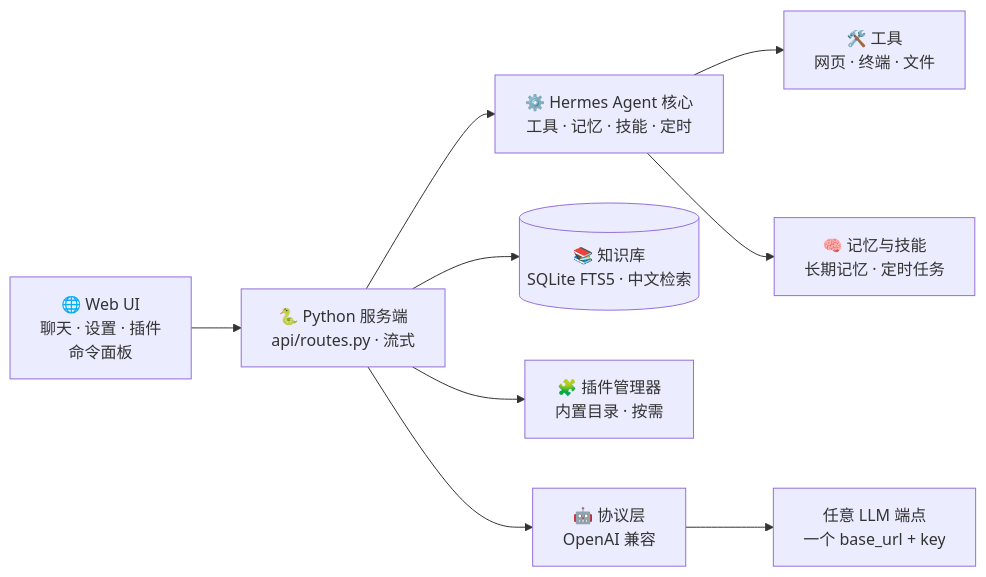
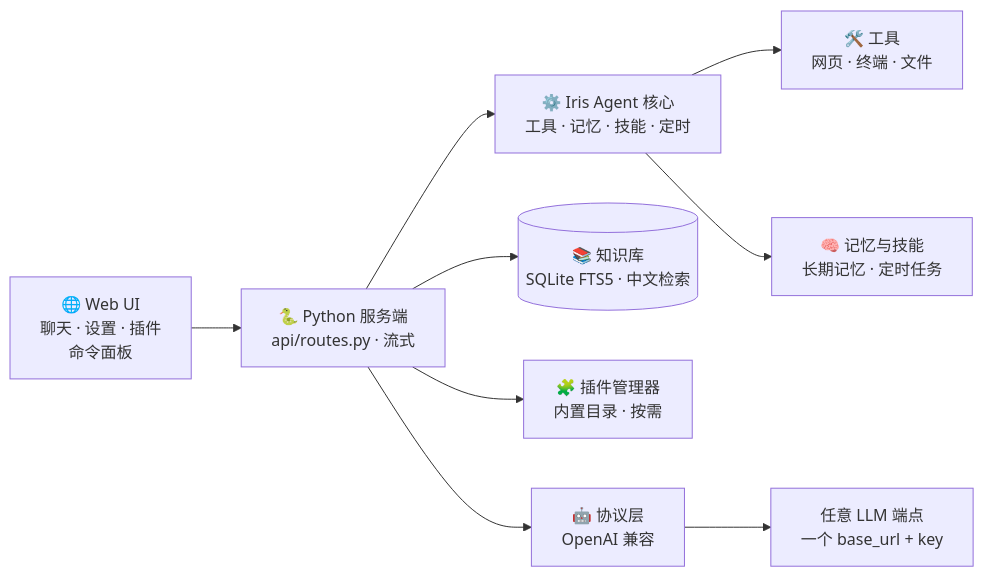
One commit to Morningstar202604/iris changed the diagram in README.zh-CN.md. Above: the diagram before and after it, drawn with Mermaid. The commit also changed other lines of this file and 5912 other files, not shown here.

````diff
--- a/README.zh-CN.md
+++ b/README.zh-CN.md
@@ -105,11 +110,11 @@
 ```mermaid
 flowchart LR
     U["🌐 Web UI<br/>聊天 · 设置 · 插件<br/>命令面板"] --> S["🐍 Python 服务端<br/>api/routes.py · 流式"]
-    S --> A["⚙️ Hermes Agent 核心<br/>工具 · 记忆 · 技能 · 定时"]
+    S --> A["⚙️ Iris Agent 核心<br/>工具 · 记忆 · 技能 · 定时"]
     S --> KB[("📚 知识库<br/>SQLite FTS5 · 中文检索")]
     S --> PM["🧩 插件管理器<br/>内置目录 · 按需"]
     S --> PL["🤖 协议层<br/>OpenAI 兼容"]
     PL --> M["任意 LLM 端点<br/>一个 base_url + key"]
     A --> T1["🛠️ 工具<br/>网页 · 终端 · 文件"]
     A --> T2["🧠 记忆与技能<br/>长期记忆 · 定时任务"]
 ```
````
